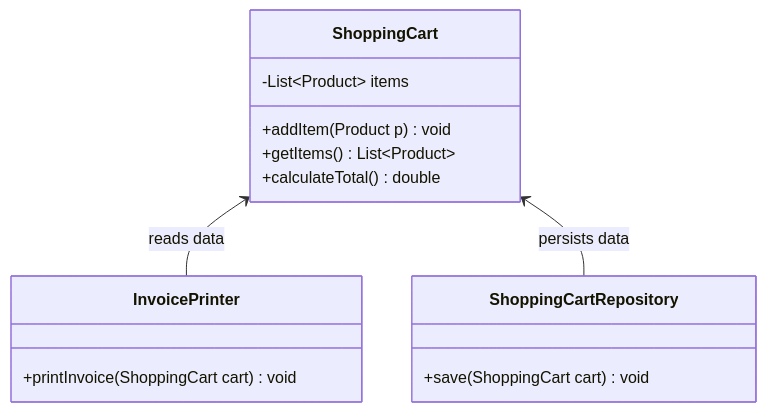
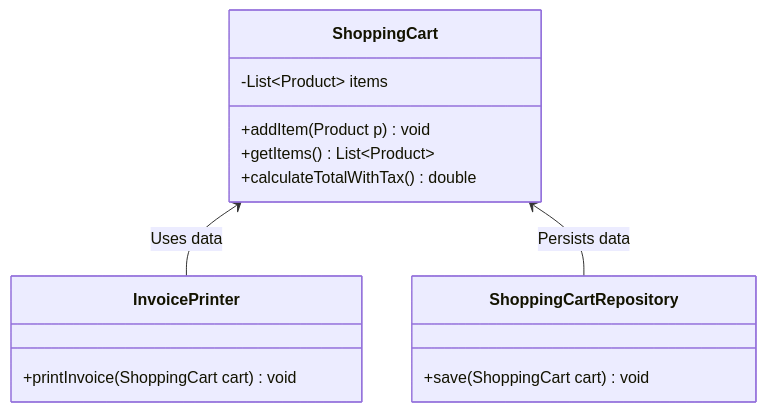
The third of 4 diagrams in 04-OOPs-and-Design-Patterns/02-SOLID-Principles/05-SOLID-Design-Principles-Part-1.md (rohithgowda18/Notes), drawn with Mermaid before and after one commit. The commit also changed other lines of this file and 17 other files, not shown here.

Commit message:
docs(lld): enrich notes with deep architectural analysis, diagrams, anti-patterns & code

````diff
--- a/04-OOPs-and-Design-Patterns/02-SOLID-Principles/05-SOLID-Design-Principles-Part-1.md
+++ b/04-OOPs-and-Design-Patterns/02-SOLID-Principles/05-SOLID-Design-Principles-Part-1.md
@@ -78,18 +107,18 @@
 ```mermaid
 classDiagram
     class ShoppingCart {
         -List~Product~ items
         +addItem(Product p) void
         +getItems() List~Product~
-        +calculateTotal() double
+        +calculateTotalWithTax() double
     }
     class InvoicePrinter {
         +printInvoice(ShoppingCart cart) void
     }
     class ShoppingCartRepository {
         +save(ShoppingCart cart) void
     }
 
-    ShoppingCart <-- InvoicePrinter : reads data
-    ShoppingCart <-- ShoppingCartRepository : persists data
+    ShoppingCart <-- InvoicePrinter : Uses data
+    ShoppingCart <-- ShoppingCartRepository : Persists data
 ```
````
